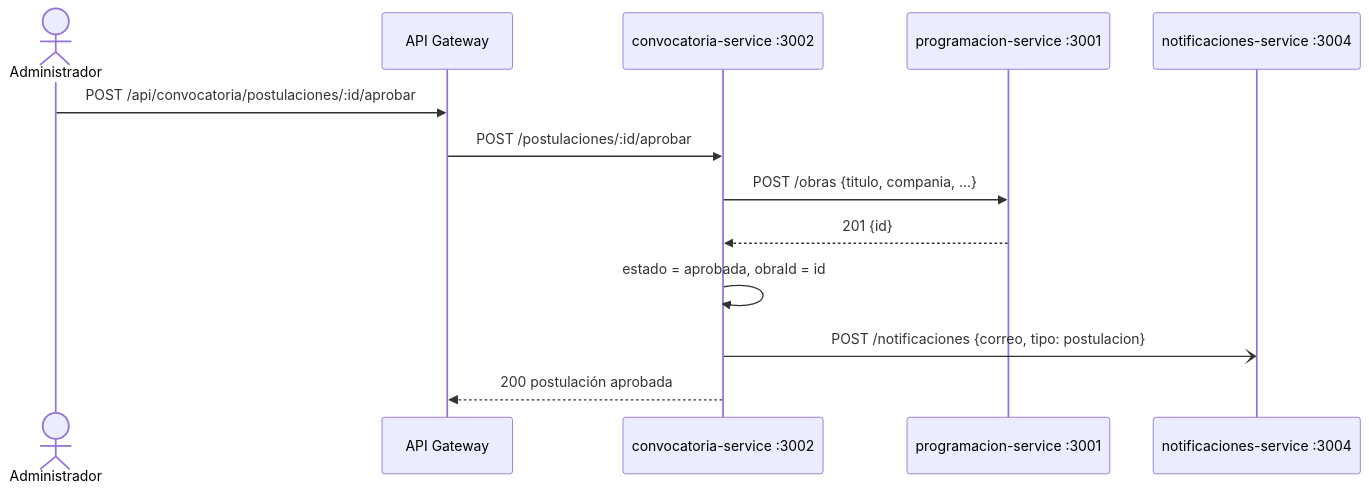
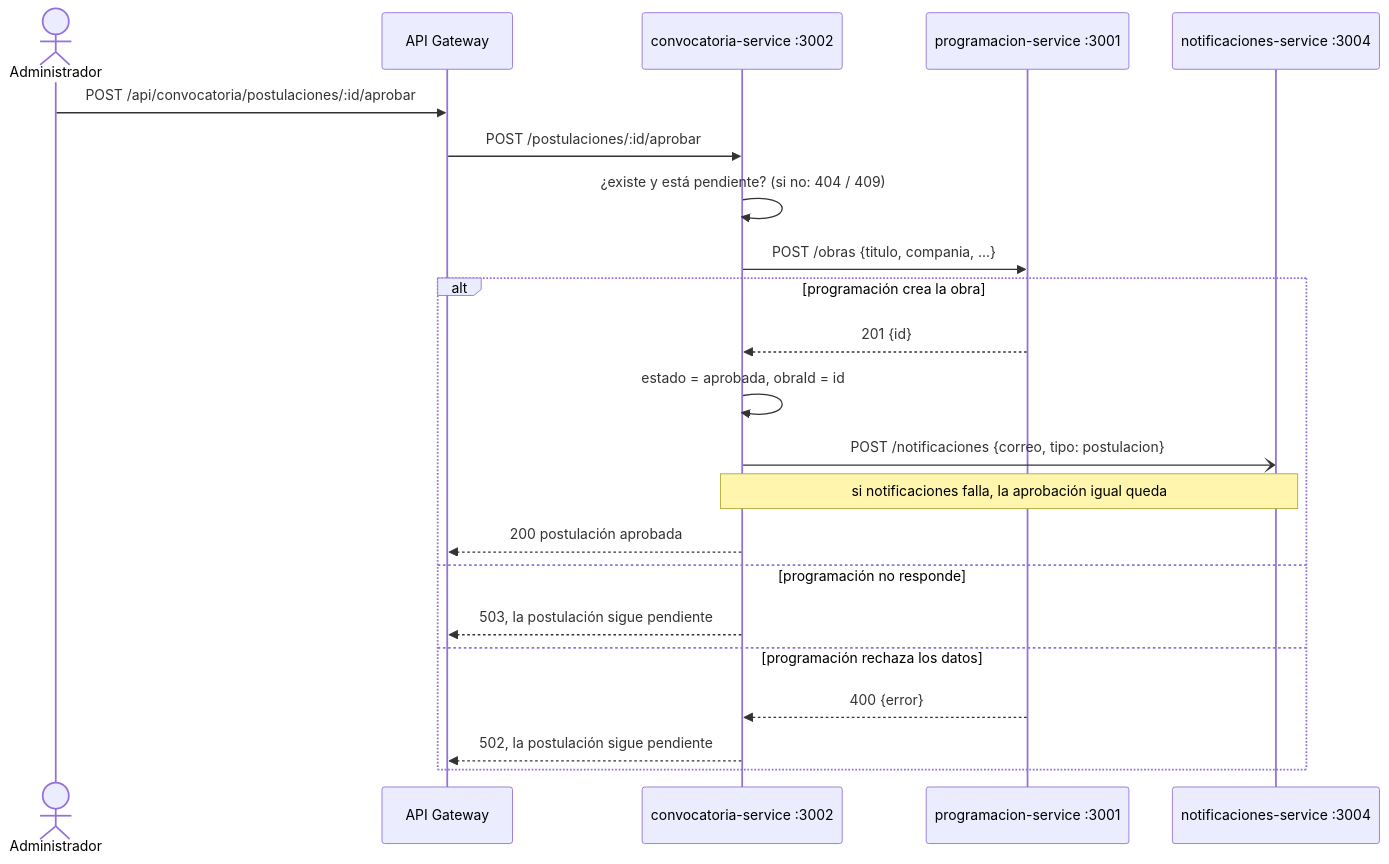
Before and after one commit to JorgeBeltran-11/proyecto-FIAVL: the sixth of 7 diagrams in docs/arquitectura/README.md, drawn with Mermaid. The commit also changed other lines of this file and 18 other files, not shown here.

````diff
--- a/docs/arquitectura/README.md
+++ b/docs/arquitectura/README.md
@@ -240,16 +240,25 @@
 ```mermaid
 sequenceDiagram
     actor A as Administrador
     participant GW as API Gateway
     participant CO as convocatoria-service :3002
     participant PR as programacion-service :3001
     participant NO as notificaciones-service :3004
 
     A->>GW: POST /api/convocatoria/postulaciones/:id/aprobar
     GW->>CO: POST /postulaciones/:id/aprobar
+    CO->>CO: ¿existe y está pendiente? (si no: 404 / 409)
     CO->>PR: POST /obras {titulo, compania, ...}
-    PR-->>CO: 201 {id}
-    CO->>CO: estado = aprobada, obraId = id
-    CO-)NO: POST /notificaciones {correo, tipo: postulacion}
-    CO-->>GW: 200 postulación aprobada
+    alt programación crea la obra
+        PR-->>CO: 201 {id}
+        CO->>CO: estado = aprobada, obraId = id
+        CO-)NO: POST /notificaciones {correo, tipo: postulacion}
+        Note over CO,NO: si notificaciones falla, la aprobación igual queda
+        CO-->>GW: 200 postulación aprobada
+    else programación no responde
+        CO-->>GW: 503, la postulación sigue pendiente
+    else programación rechaza los datos
+        PR-->>CO: 400 {error}
+        CO-->>GW: 502, la postulación sigue pendiente
+    end
 ```
````
